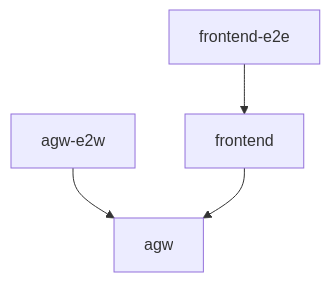
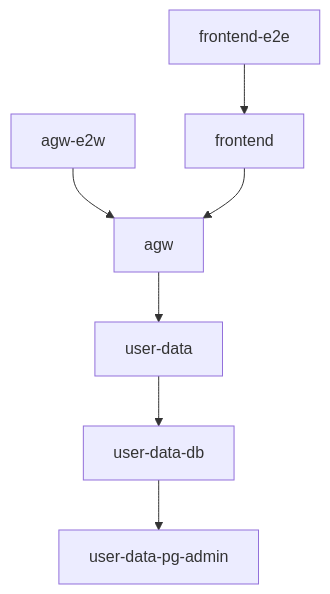
Before and after one commit to IT-Lab-KubSU/platform: the diagram in README.md, drawn with Mermaid. The commit also changed other lines of this file, not shown here.

````diff
--- a/README.md
+++ b/README.md
@@ -45,6 +46,9 @@
 ```mermaid
 graph TD;
     agw-e2w-->agw;
     frontend-e2e-->frontend;
     frontend-->agw;
+    agw-->user-data;
+    user-data-->user-data-db;
+    user-data-db-->user-data-pg-admin;
 ```
````
